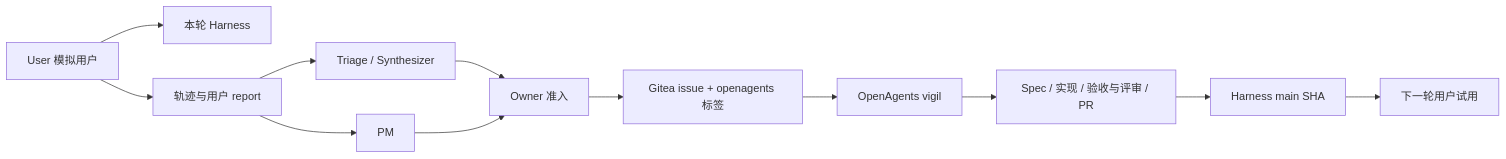
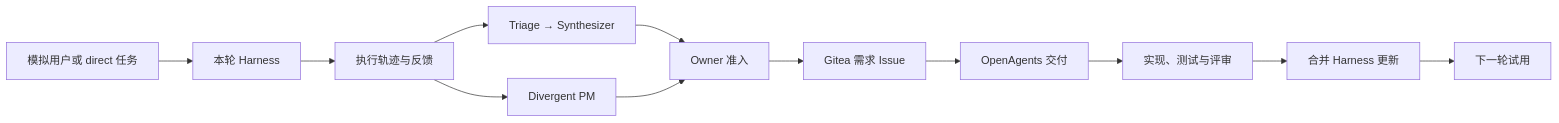
One commit to Curry09/AHE-Beta changed the diagram in docs/ARCHITECTURE.md. Above: the diagram before and after it, drawn with Mermaid. The commit also changed other lines of this file and 90 other files, not shown here.

````diff
--- a/docs/ARCHITECTURE.md
+++ b/docs/ARCHITECTURE.md
@@ -3,14 +7,14 @@
 ```mermaid
 flowchart LR
-    U[User 模拟用户] --> H[本轮 Harness]
-    U --> R[轨迹与用户 report]
-    R --> T[Triage / Synthesizer]
-    R --> P[PM]
+    U[模拟用户或 direct 任务] --> H[本轮 Harness]
+    H --> R[执行轨迹与反馈]
+    R --> T[Triage → Synthesizer]
+    R --> P[Divergent PM]
     T --> O[Owner 准入]
     P --> O
-    O --> I[Gitea issue + openagents 标签]
-    I --> A[OpenAgents vigil]
-    A --> PR[Spec / 实现 / 验收与评审 / PR]
-    PR --> M[Harness main SHA]
-    M --> N[下一轮用户试用]
+    O --> I[Gitea 需求 Issue]
+    I --> A[OpenAgents 交付]
+    A --> PR[实现、测试与评审]
+    PR --> M[合并 Harness 更新]
+    M --> N[下一轮试用]
 ```
````
